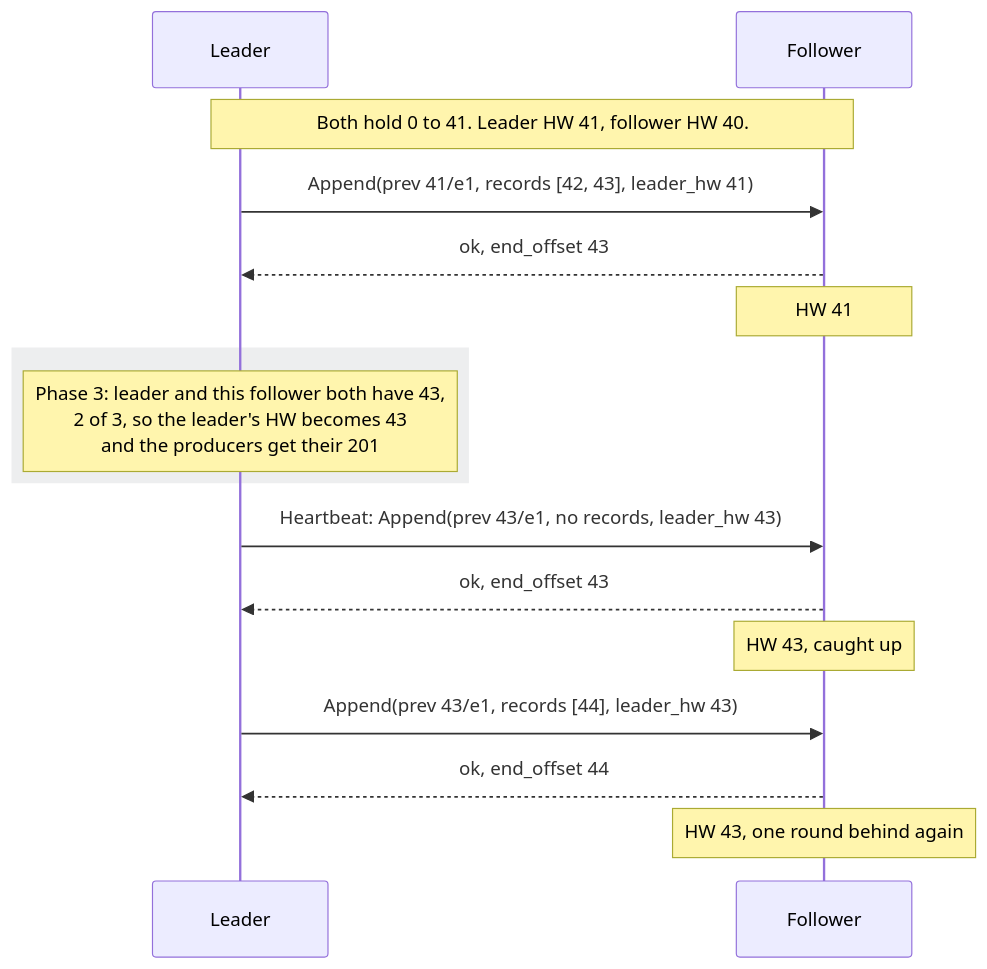
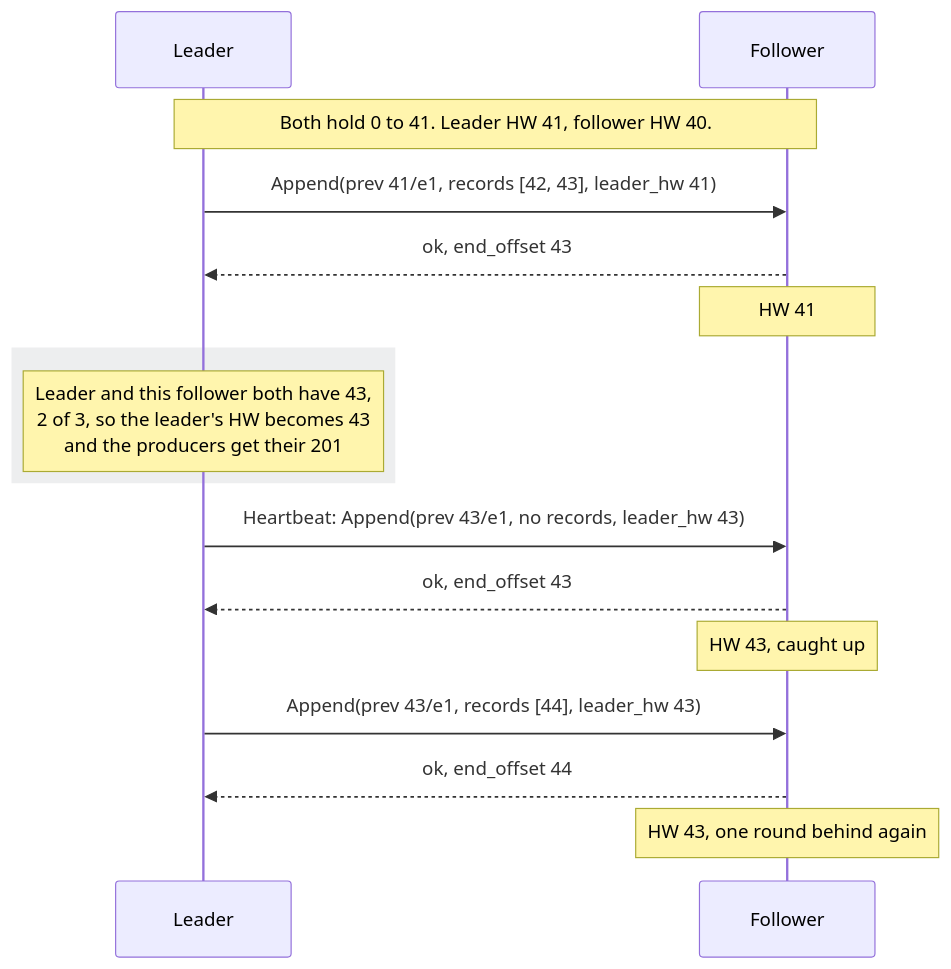
One commit to paulisuden/K0sStreams changed the third of 23 diagrams in docs/replication-scenarios.md. Above: the diagram before and after it, drawn with Mermaid. The commit also changed other lines of this file and 21 other files, not shown here.

````diff
--- a/docs/replication-scenarios.md
+++ b/docs/replication-scenarios.md
@@ -120,18 +117,18 @@
 ```mermaid
 sequenceDiagram
     participant L as Leader
     participant F as Follower
     Note over L,F: Both hold 0 to 41. Leader HW 41, follower HW 40.
     L->>F: Append(prev 41/e1, records [42, 43], leader_hw 41)
     F-->>L: ok, end_offset 43
     Note over F: HW 41
     rect rgba(134, 142, 150, 0.15)
-    Note over L: Phase 3: leader and this follower both have 43,<br/>2 of 3, so the leader's HW becomes 43<br/>and the producers get their 201
+    Note over L: Leader and this follower both have 43,<br/>2 of 3, so the leader's HW becomes 43<br/>and the producers get their 201
     end
     L->>F: Heartbeat: Append(prev 43/e1, no records, leader_hw 43)
     F-->>L: ok, end_offset 43
     Note over F: HW 43, caught up
     L->>F: Append(prev 43/e1, records [44], leader_hw 43)
     F-->>L: ok, end_offset 44
     Note over F: HW 43, one round behind again
 ```
````
